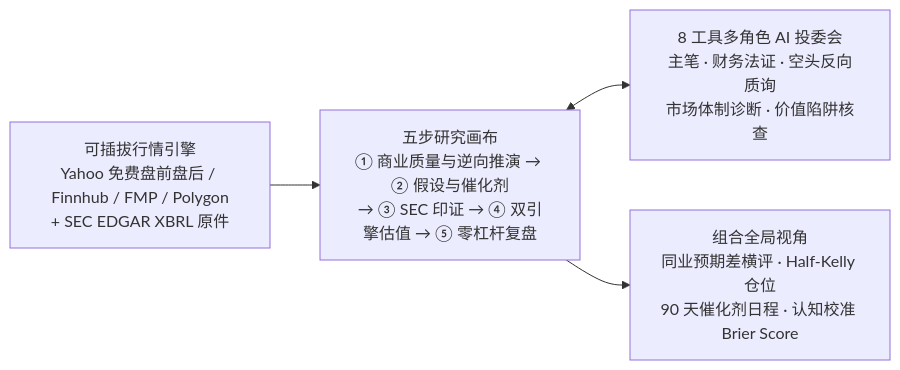
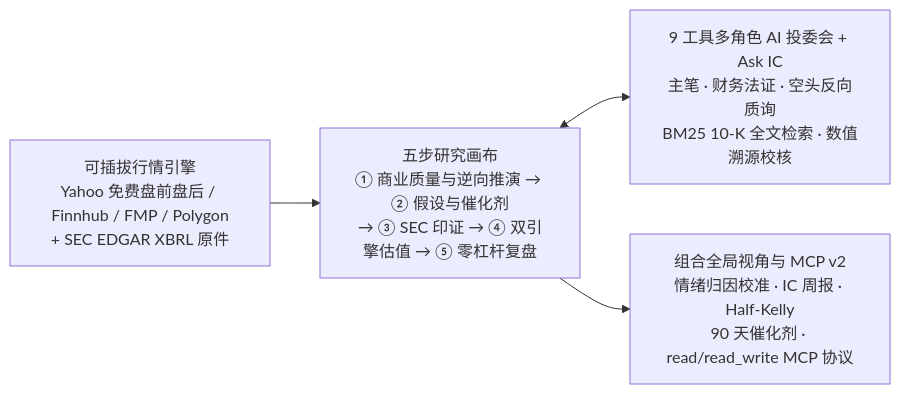
The diagram in README.md (luvio-arlan/Kanon), drawn with Mermaid before and after one commit. The commit also changed other lines of this file and 19 other files, not shown here.

````diff
--- a/README.md
+++ b/README.md
@@ -131,6 +131,6 @@
 ```mermaid
 flowchart LR
     M["可插拔行情引擎<br/>Yahoo 免费盘前盘后 / Finnhub / FMP / Polygon<br/>+ SEC EDGAR XBRL 原件"] --> C["五步研究画布<br/>① 商业质量与逆向推演 → ② 假设与催化剂<br/>→ ③ SEC 印证 → ④ 双引擎估值 → ⑤ 零杠杆复盘"]
-    C <--> A["8 工具多角色 AI 投委会<br/>主笔 · 财务法证 · 空头反向质询<br/>市场体制诊断 · 价值陷阱核查"]
-    C --> P["组合全局视角<br/>同业预期差横评 · Half-Kelly 仓位<br/>90 天催化剂日程 · 认知校准 Brier Score"]
+    C <--> A["9 工具多角色 AI 投委会 + Ask IC<br/>主笔 · 财务法证 · 空头反向质询<br/>BM25 10-K 全文检索 · 数值溯源校核"]
+    C --> P["组合全局视角与 MCP v2<br/>情绪归因校准 · IC 周报 · Half-Kelly<br/>90 天催化剂 · read/read_write MCP 协议"]
 ```
````
